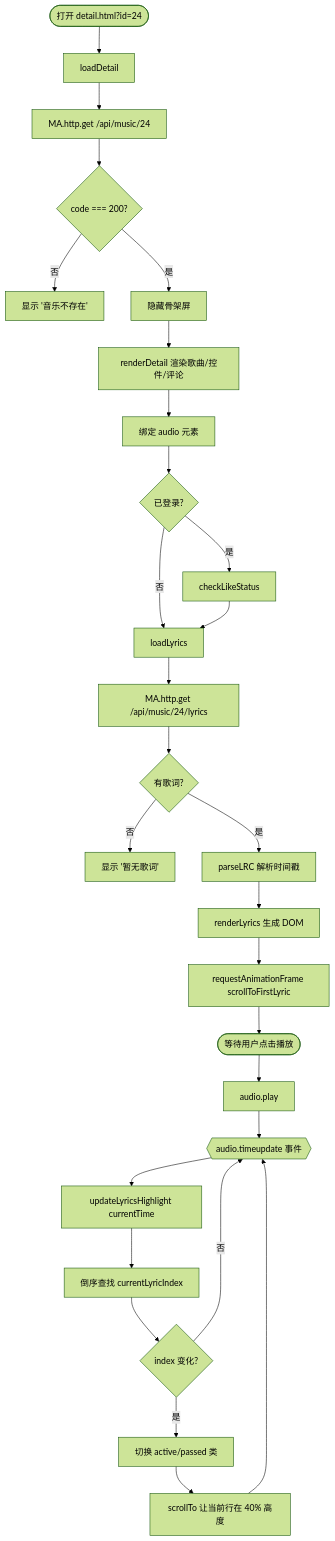
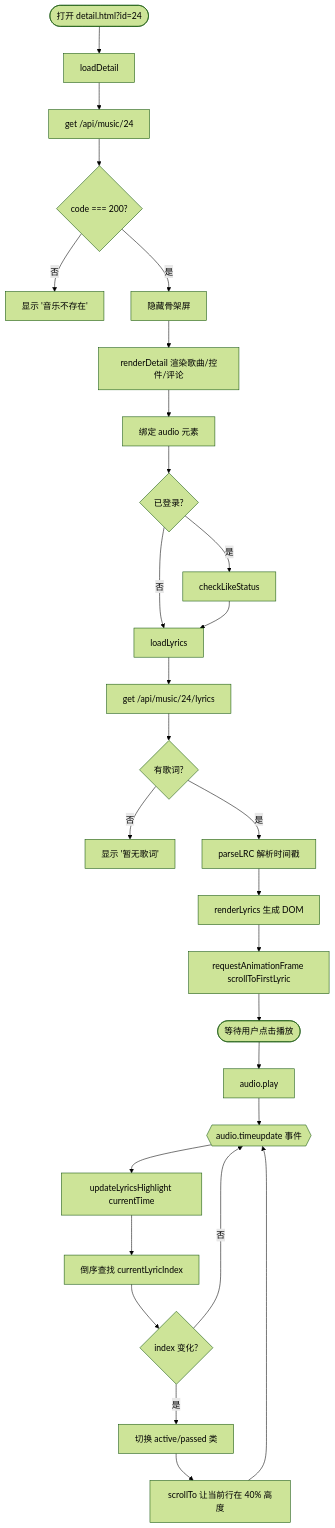
The diagram in diagrams/detail-page-flow.mmd (xiaobihudawang/musicdemo), drawn with Mermaid (forest theme) before and after one commit. The commit also changed 66 other files, not shown here.

```diff
--- a/diagrams/detail-page-flow.mmd
+++ b/diagrams/detail-page-flow.mmd
@@ -1,28 +1,28 @@
 flowchart TD
     Start([打开 detail.html?id=24]) --> LoadDetail[loadDetail]
-    LoadDetail --> ReqDetail["MA.http.get /api/music/24"]
+    LoadDetail --> ReqDetail["get /api/music/24"]
     ReqDetail --> RespDetail{code === 200?}
     RespDetail -- 否 --> ShowErr[显示 '音乐不存在']
     RespDetail -- 是 --> HideSkel[隐藏骨架屏]
     HideSkel --> RenderDetail[renderDetail 渲染歌曲/控件/评论]
     RenderDetail --> BindAudio[绑定 audio 元素]
     BindAudio --> CheckLogin{已登录?}
     CheckLogin -- 是 --> CheckLike[checkLikeStatus]
     CheckLogin -- 否 --> LoadLyrics
     CheckLike --> LoadLyrics
-    LoadLyrics[loadLyrics] --> ReqLyrics["MA.http.get /api/music/24/lyrics"]
+    LoadLyrics[loadLyrics] --> ReqLyrics["get /api/music/24/lyrics"]
     ReqLyrics --> HasLyrics{有歌词?}
     HasLyrics -- 否 --> Empty[显示 '暂无歌词']
     HasLyrics -- 是 --> ParseLRC[parseLRC 解析时间戳]
     ParseLRC --> RenderLines[renderLyrics 生成 DOM]
     RenderLines --> ScrollFirst[requestAnimationFrame scrollToFirstLyric]
     ScrollFirst --> WaitPlay([等待用户点击播放])
     WaitPlay --> Play[audio.play]
     Play --> TimeUpdate{{audio.timeupdate 事件}}
     TimeUpdate --> UpdateHL[updateLyricsHighlight currentTime]
     UpdateHL --> FindIdx[倒序查找 currentLyricIndex]
     FindIdx --> Changed{index 变化?}
     Changed -- 否 --> TimeUpdate
     Changed -- 是 --> ApplyClass[切换 active/passed 类]
     ApplyClass --> ScrollTo[scrollTo 让当前行在 40% 高度]
     ScrollTo --> TimeUpdate
```
